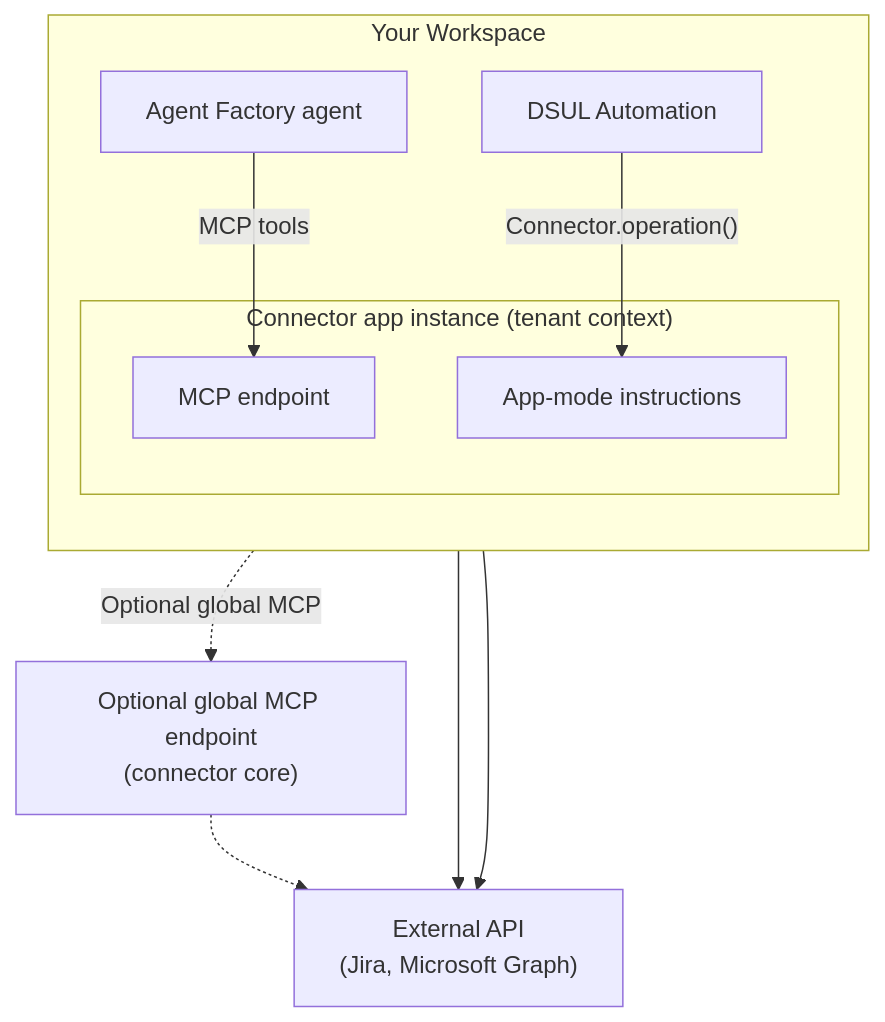
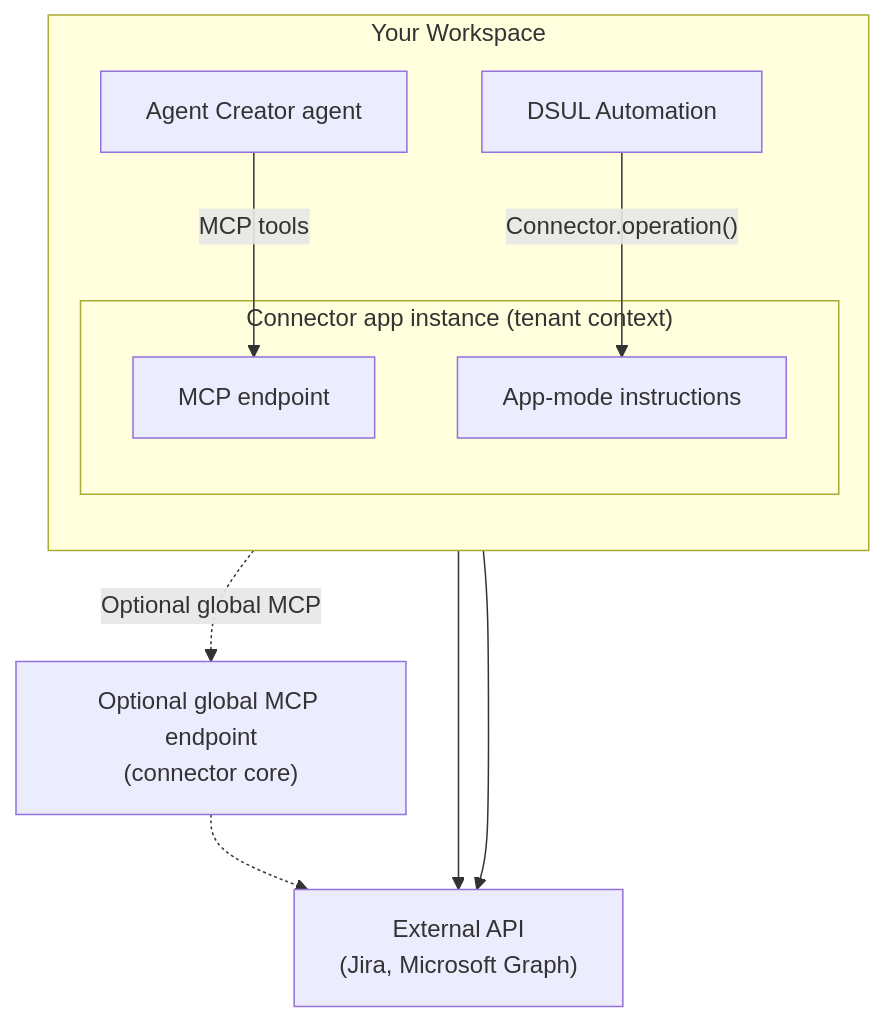
One commit to prismeai/docs changed the diagram in apps-store/marketplace/connectors/overview.mdx. Above: the diagram before and after it, drawn with Mermaid. The commit also changed other lines of this file and 148 other files, not shown here.

````diff
--- a/apps-store/marketplace/connectors/overview.mdx
+++ b/apps-store/marketplace/connectors/overview.mdx
@@ -173,21 +173,21 @@
 ```mermaid
 flowchart TB
     subgraph tenant["Your Workspace"]
         direction TB
         dsul["DSUL Automation"]
-        agent["Agent Factory agent"]
+        agent["Agent Creator agent"]
         subgraph inst["Connector app instance (tenant context)"]
             mcp["MCP endpoint"]
             app["App-mode instructions"]
         end
     end
     core["Optional global MCP endpoint<br/>(connector core)"]
     api["External API<br/>(Jira, Microsoft Graph)"]
 
     dsul -->|"Connector.operation()"| app
     agent -->|"MCP tools"| mcp
     agent -.->|"Optional global MCP"| core
     mcp --> api
     app --> api
     core -.-> api
 ```
````
